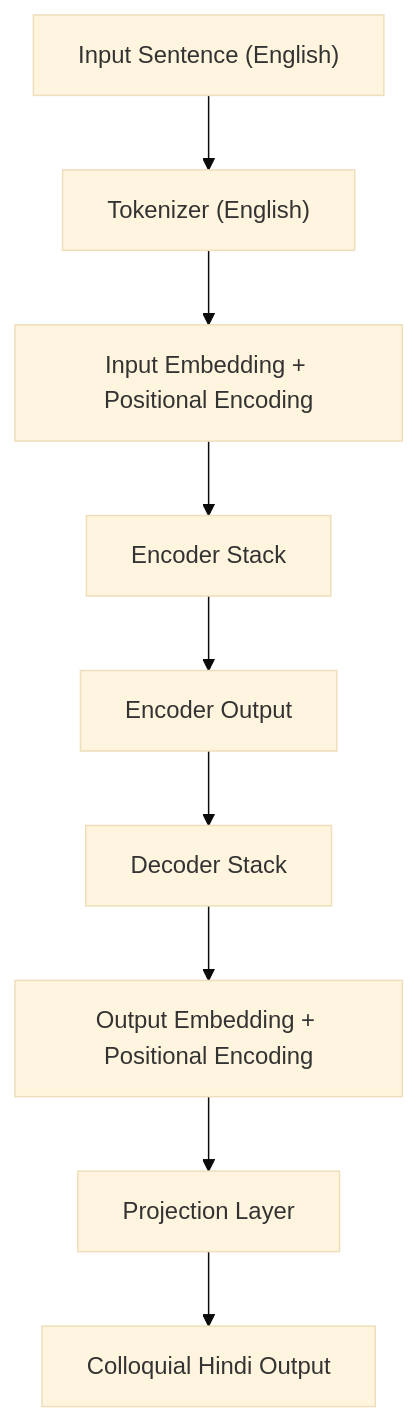
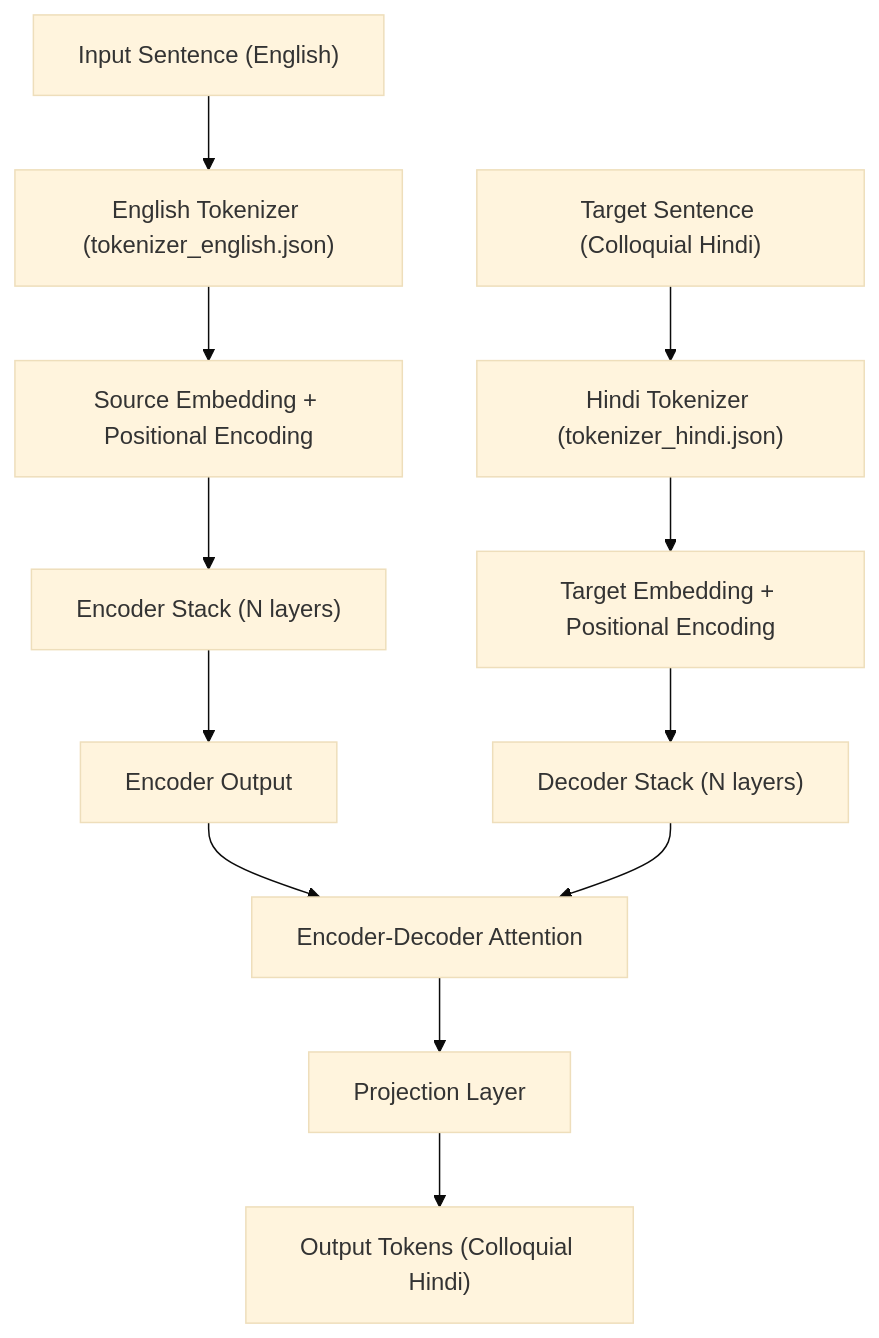
The diagram in README.md (AnandVadgama/pytorch-transformer-from-scratch), drawn with Mermaid (base theme) before and after one commit.

Commit message:
README.md updated

````diff
--- a/README.md
+++ b/README.md
@@ -39,11 +39,27 @@
 ```mermaid
-graph TD;
-  A["Input Sentence (English)"] --> B["Tokenizer (English)"];
-  B --> C["Input Embedding + Positional Encoding"];
-  C --> D["Encoder Stack"];
-  D --> E["Encoder Output"];
-  E --> F["Decoder Stack"];
-  F --> G["Output Embedding + Positional Encoding"];
-  G --> H["Projection Layer"];
-  H --> I["Colloquial Hindi Output"];
+flowchart TD
+    A["Input Sentence (English)"]
+    B["English Tokenizer (tokenizer_english.json)"]
+    C["Source Embedding + Positional Encoding"]
+    D["Encoder Stack (N layers)"]
+    E["Encoder Output"]
+    F["Target Sentence (Colloquial Hindi)"]
+    G["Hindi Tokenizer (tokenizer_hindi.json)"]
+    H["Target Embedding + Positional Encoding"]
+    I["Decoder Stack (N layers)"]
+    J["Encoder-Decoder Attention"]
+    K["Projection Layer"]
+    L["Output Tokens (Colloquial Hindi)"]
+
+    A --> B
+    B --> C
+    C --> D
+    D --> E
+    F --> G
+    G --> H
+    H --> I
+    E --> J
+    I --> J
+    J --> K
+    K --> L
 ```
````
